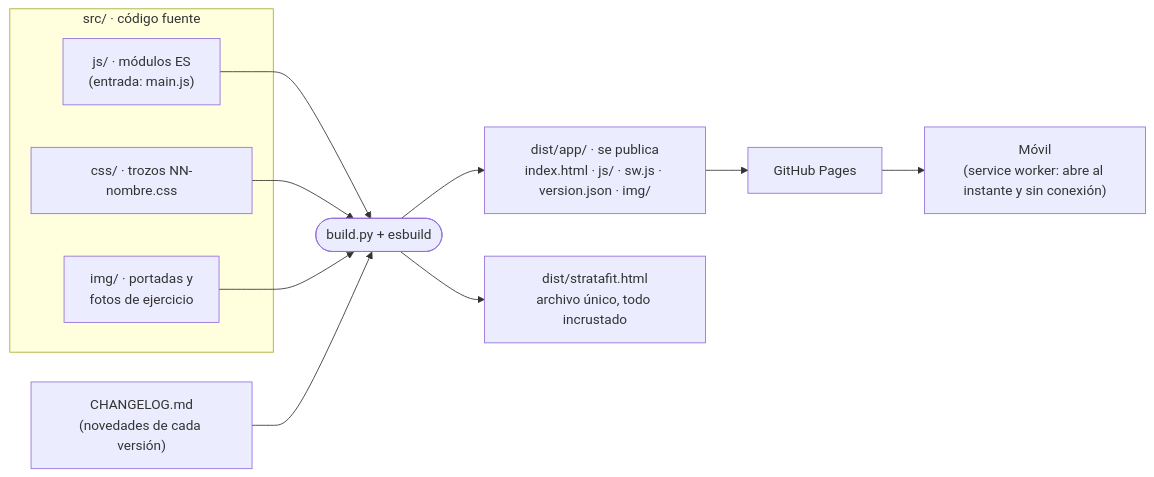
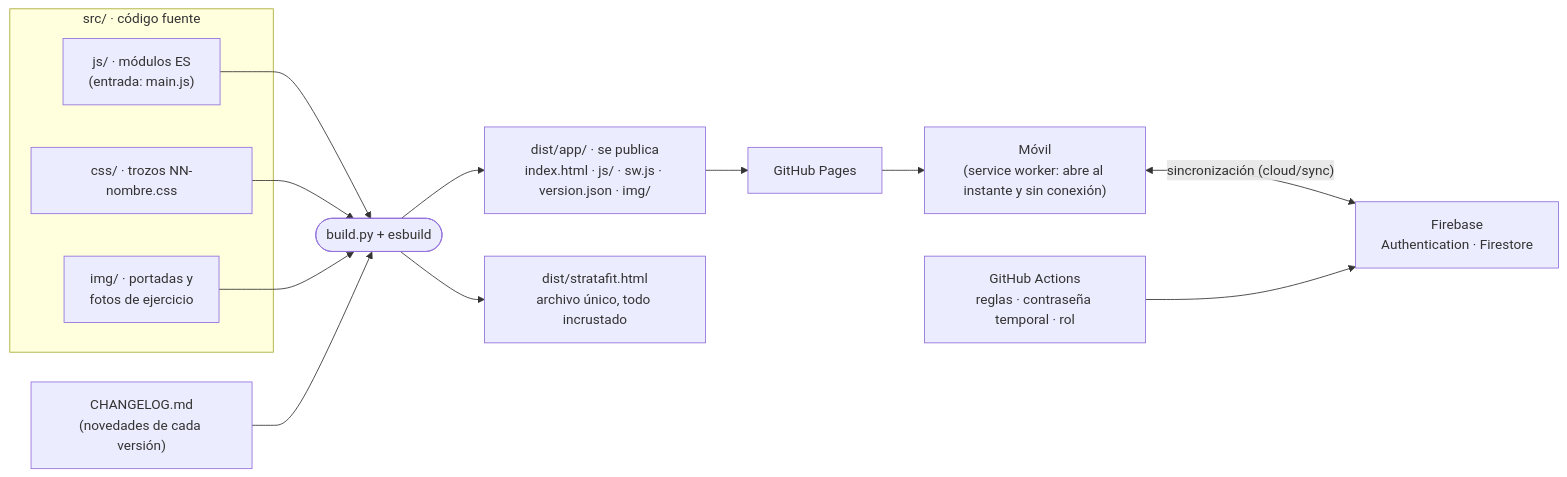
The diagram in docs/tecnica/README.md (victorroma01/Fitflow), drawn with Mermaid before and after one commit. The commit also changed other lines of this file and 67 other files, not shown here.

````diff
--- a/docs/tecnica/README.md
+++ b/docs/tecnica/README.md
@@ -23,18 +24,20 @@
 ```mermaid
 flowchart LR
   subgraph fuente["src/ · código fuente"]
     JS["js/ · módulos ES<br/>(entrada: main.js)"]
     CSS["css/ · trozos NN-nombre.css"]
     IMG["img/ · portadas y<br/>fotos de ejercicio"]
   end
   CL["CHANGELOG.md<br/>(novedades de cada versión)"]
   B(["build.py + esbuild"])
   JS --> B
   CSS --> B
   IMG --> B
   CL --> B
   B --> APP["dist/app/ · se publica<br/>index.html · js/ · sw.js · version.json · img/"]
   B --> ONE["dist/stratafit.html<br/>archivo único, todo incrustado"]
   APP --> PAGES["GitHub Pages"]
   PAGES --> PHONE["Móvil<br/>(service worker: abre al instante y sin conexión)"]
+  PHONE <-->|"sincronización (cloud/sync)"| FB["Firebase<br/>Authentication · Firestore"]
+  GHA["GitHub Actions<br/>reglas · contraseña temporal · rol"] --> FB
 ```
````
